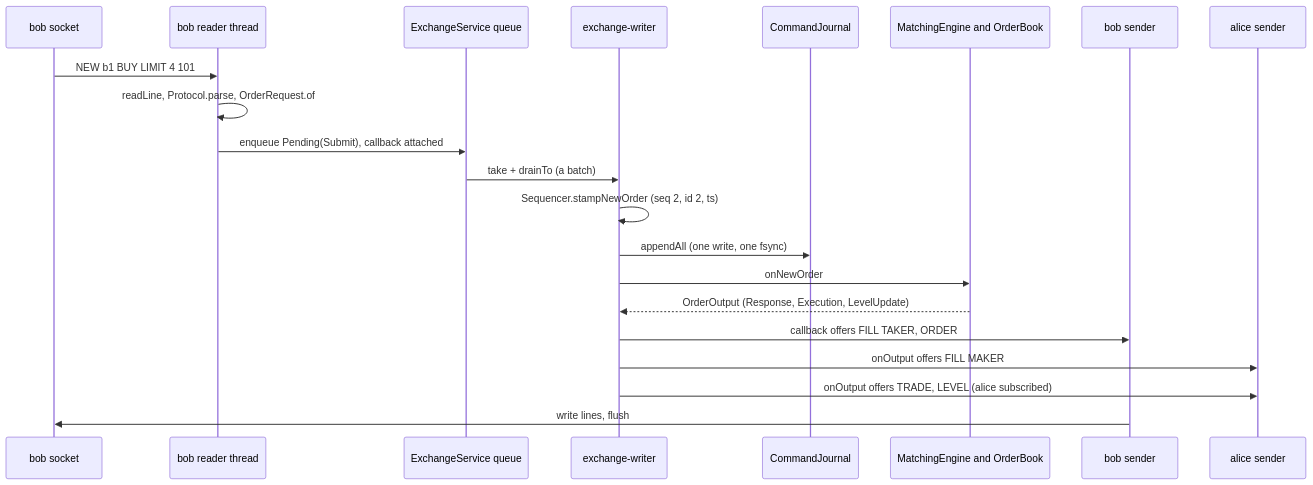
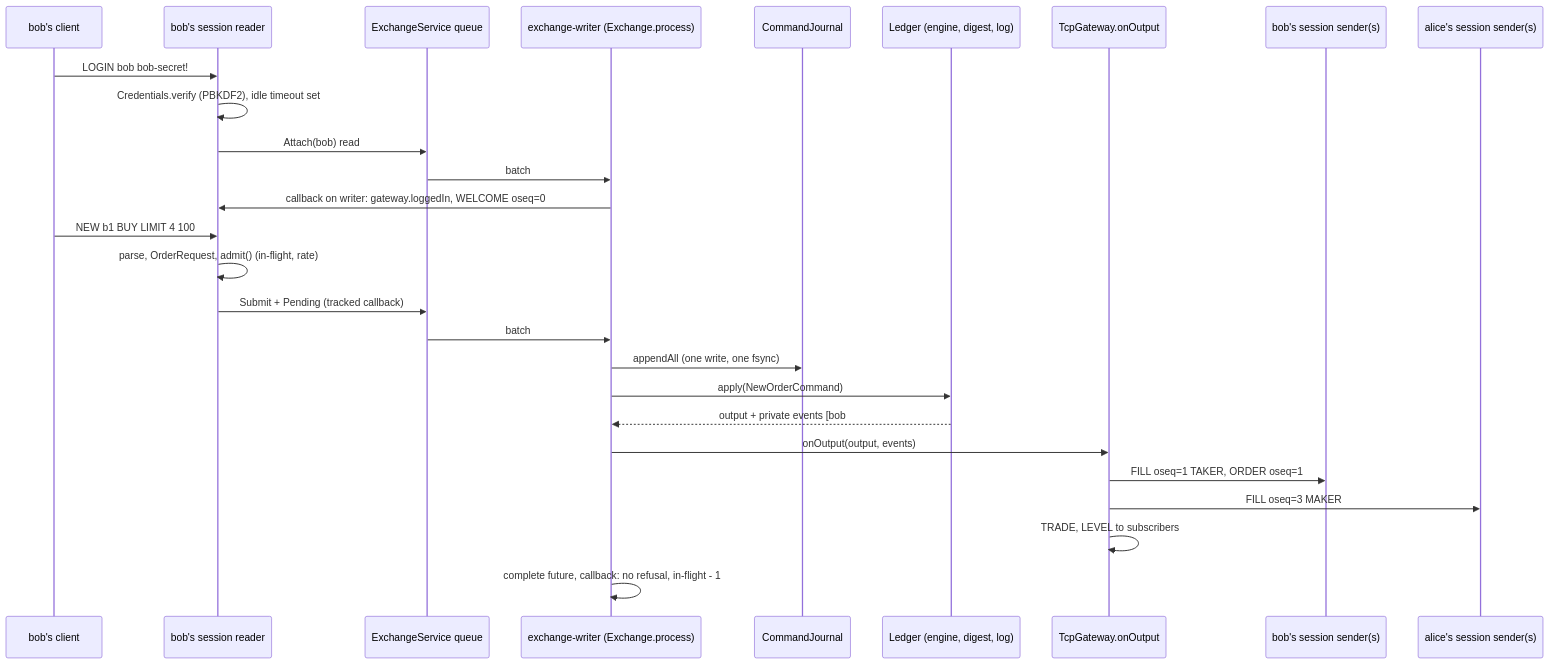
The second of 4 diagrams in docs/understanding/05a-core-flows-trading.md (SampannaNampalli/ExchangeSystem), drawn with Mermaid before and after one commit. The commit also changed other lines of this file and 30 other files, not shown here.

````diff
--- a/docs/understanding/05a-core-flows-trading.md
+++ b/docs/understanding/05a-core-flows-trading.md
@@ -94,23 +88,29 @@
 ```mermaid
 sequenceDiagram
-    participant B as bob socket
-    participant BR as bob reader thread
+    participant C as bob's client
+    participant R as bob's session reader
     participant Q as ExchangeService queue
-    participant W as exchange-writer
+    participant W as exchange-writer (Exchange.process)
     participant J as CommandJournal
-    participant E as MatchingEngine and OrderBook
-    participant BS as bob sender
-    participant AS as alice sender
-    B->>BR: NEW b1 BUY LIMIT 4 101
-    BR->>BR: readLine, Protocol.parse, OrderRequest.of
-    BR->>Q: enqueue Pending(Submit), callback attached
-    Q->>W: take + drainTo (a batch)
-    W->>W: Sequencer.stampNewOrder (seq 2, id 2, ts)
+    participant L as Ledger (engine, digest, log)
+    participant G as TcpGateway.onOutput
+    participant SB as bob's session sender(s)
+    participant SA as alice's session sender(s)
+    C->>R: LOGIN bob bob-secret!
+    R->>R: Credentials.verify (PBKDF2), idle timeout set
+    R->>Q: Attach(bob) read
+    Q->>W: batch
+    W->>R: callback on writer: gateway.loggedIn, WELCOME oseq=0
+    C->>R: NEW b1 BUY LIMIT 4 100
+    R->>R: parse, OrderRequest, admit() (in-flight, rate)
+    R->>Q: Submit + Pending (tracked callback)
+    Q->>W: batch
     W->>J: appendAll (one write, one fsync)
-    W->>E: onNewOrder
-    E-->>W: OrderOutput (Response, Execution, LevelUpdate)
-    W->>BS: callback offers FILL TAKER, ORDER
-    W->>AS: onOutput offers FILL MAKER
-    W->>AS: onOutput offers TRADE, LEVEL (alice subscribed)
-    BS->>B: write lines, flush
+    W->>L: apply(NewOrderCommand)
+    L-->>W: output + private events [bob#1 OrderReply, alice#3 MakerFill]
+    W->>G: onOutput(output, events)
+    G->>SB: FILL oseq=1 TAKER, ORDER oseq=1
+    G->>SA: FILL oseq=3 MAKER
+    G->>G: TRADE, LEVEL to subscribers
+    W->>W: complete future, callback: no refusal, in-flight - 1
 ```
````
